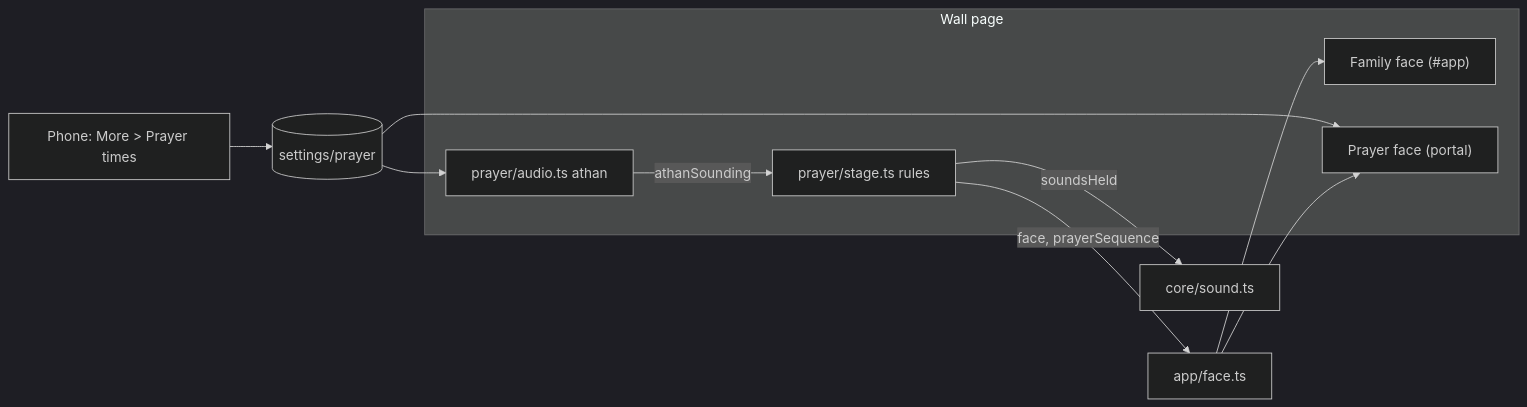
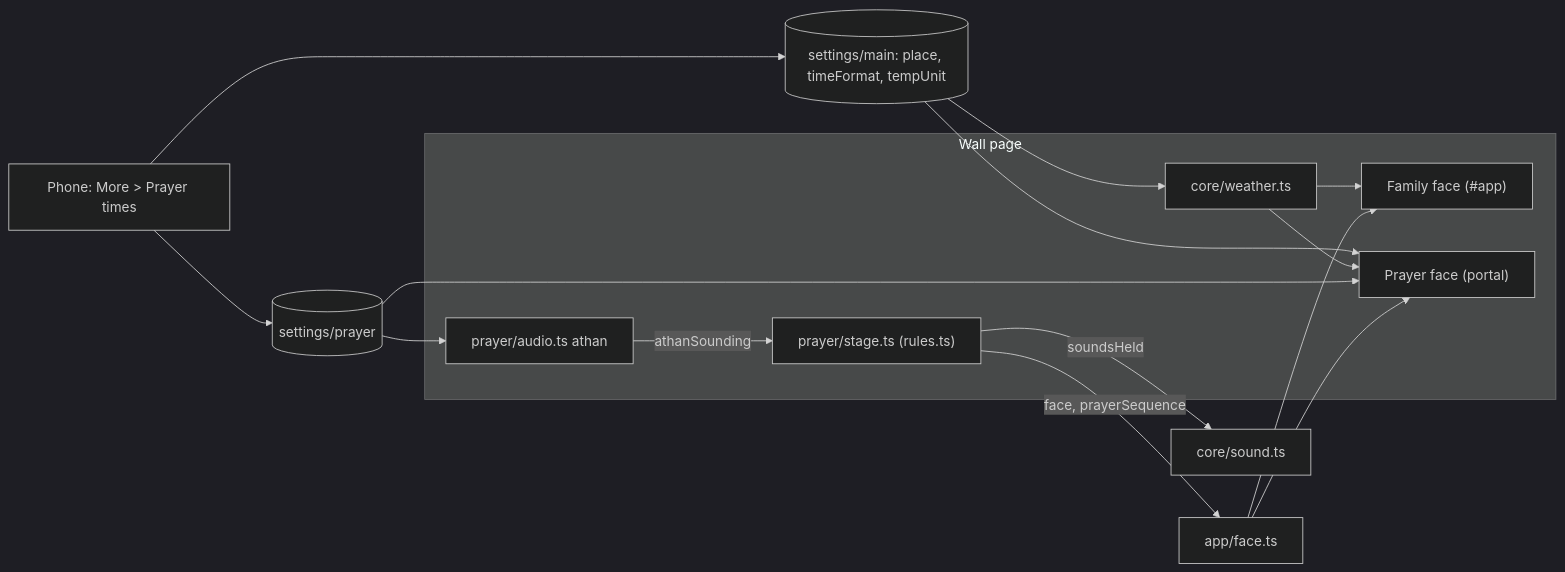
Before and after one commit to faisal-shah/manwar: the third of 3 diagrams in CLAUDE.md, drawn with Mermaid (dark theme). The commit also changed other lines of this file and 72 other files, not shown here.

````diff
--- a/CLAUDE.md
+++ b/CLAUDE.md
@@ -556,17 +565,23 @@
 ```mermaid
 flowchart LR
   subgraph Wall page
     Family["Family face (#app)"]
     Prayer["Prayer face (portal)"]
-    Stage["prayer/stage.ts rules"]
+    Stage["prayer/stage.ts (rules.ts)"]
     Audio["prayer/audio.ts athan"]
+    Weather["core/weather.ts"]
   end
+  Main[(settings/main: place, timeFormat, tempUnit)] --> Prayer
+  Main --> Weather
+  Weather --> Family
+  Weather --> Prayer
   Doc[(settings/prayer)] --> Prayer
   Doc --> Audio
   Phone["Phone: More > Prayer times"] --> Doc
+  Phone --> Main
   Stage -->|face, prayerSequence| Face["app/face.ts"]
   Face --> Family
   Face --> Prayer
   Audio -->|athanSounding| Stage
   Stage -->|soundsHeld| Sounds["core/sound.ts"]
 ```
````
